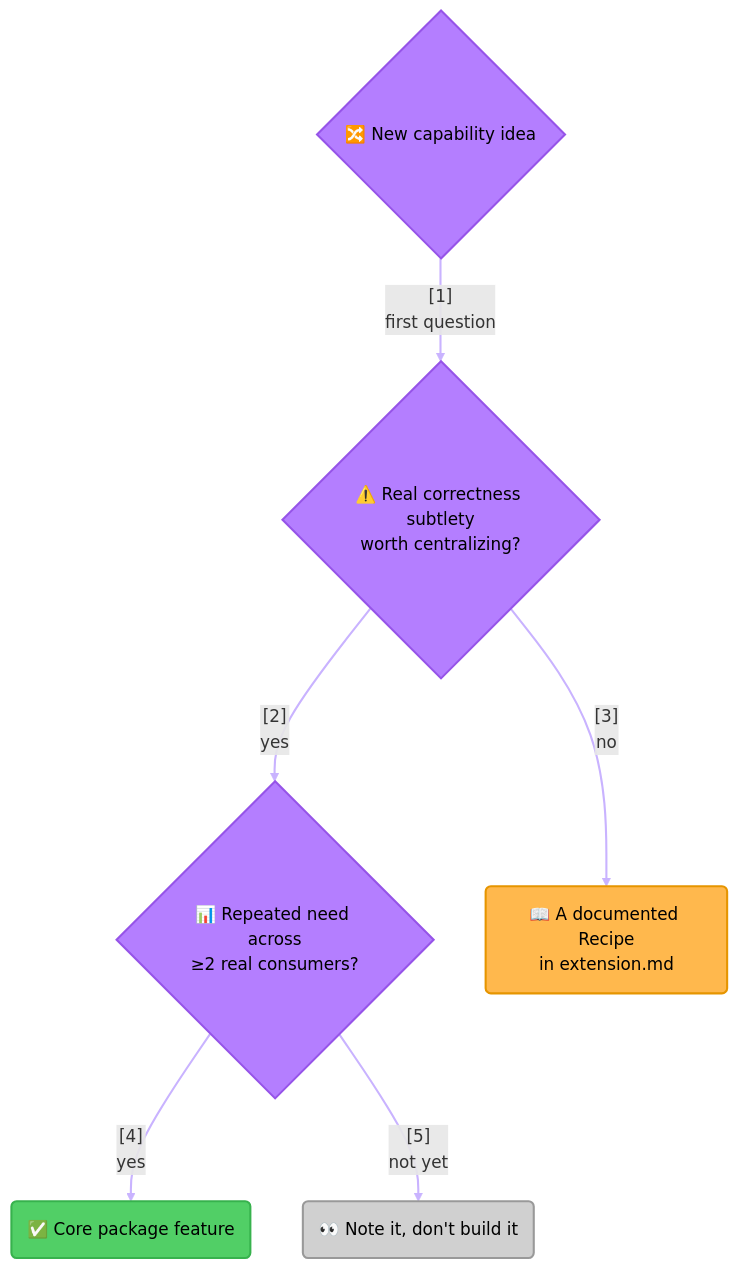
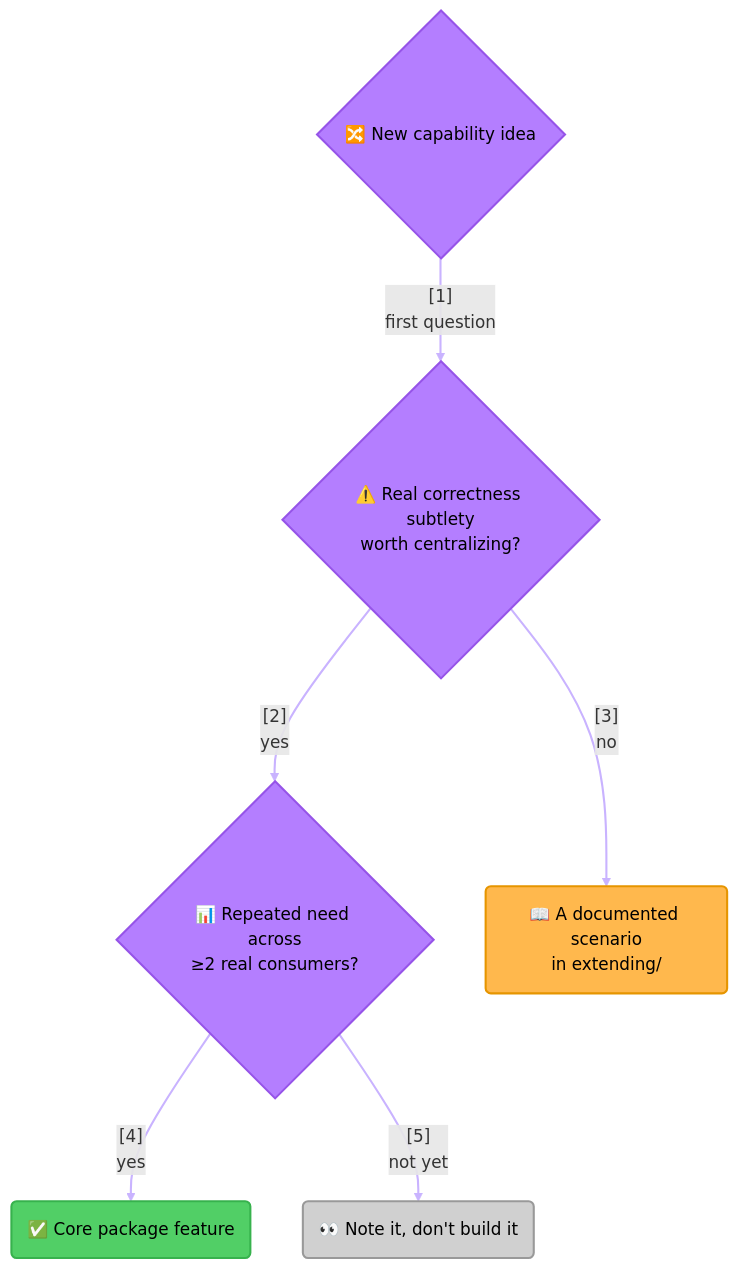
The diagram in docs/future_plan.md (pawan-vyas/verdict-rules), drawn with Mermaid before and after one commit. The commit also changed other lines of this file and 22 other files, not shown here.

````diff
--- a/docs/future_plan.md
+++ b/docs/future_plan.md
@@ -34,38 +34,38 @@
 ```mermaid
 graph TB
     Idea{"🔀 New capability idea"}
     Subtle{"⚠️ Real correctness subtlety<br/>worth centralizing?"}
     Demand{"📊 Repeated need across<br/>≥2 real consumers?"}
     Core("✅ Core package feature")
-    Recipe("📖 A documented Recipe<br/>in extension.md")
+    Scenario("📖 A documented scenario<br/>in extending/")
     Watch("👀 Note it, don't build it")
 
     %% Link 0: Idea -> Subtle
     Idea -->|"[1]<br/>first question"| Subtle
     %% Link 1: Subtle -> Demand
     Subtle -->|"[2]<br/>yes"| Demand
-    %% Link 2: Subtle -> Recipe
-    Subtle -->|"[3]<br/>no"| Recipe
+    %% Link 2: Subtle -> Scenario
+    Subtle -->|"[3]<br/>no"| Scenario
     %% Link 3: Demand -> Core
     Demand -->|"[4]<br/>yes"| Core
     %% Link 4: Demand -> Watch
     Demand -->|"[5]<br/>not yet"| Watch
 
     style Idea fill:#B47EFF,stroke:#9654E8,stroke-width:2px,color:#000
     style Subtle fill:#B47EFF,stroke:#9654E8,stroke-width:2px,color:#000
     style Demand fill:#B47EFF,stroke:#9654E8,stroke-width:2px,color:#000
     style Core fill:#51CF66,stroke:#37B24D,stroke-width:2px,color:#000
-    style Recipe fill:#FFB84D,stroke:#E69500,stroke-width:2px,color:#000
+    style Scenario fill:#FFB84D,stroke:#E69500,stroke-width:2px,color:#000
     style Watch fill:#D0D0D0,stroke:#999999,stroke-width:2px,color:#000
 
     %% Link Index:
     %% 0: every idea starts by asking whether it has real subtlety
-    %% 1-2: no subtlety means it's already a trivial Recipe-2-style exercise
+    %% 1-2: no subtlety means it's already a trivial new-rule-shape-style exercise
     %% 3-4: real subtlety plus repeated demand clears the bar for core
     %% 4: real subtlety but no demonstrated demand yet means watch, don't build ahead of need
     linkStyle 0 stroke:#C9B3FF,stroke-width:2px
     linkStyle 1 stroke:#C9B3FF,stroke-width:2px
     linkStyle 2 stroke:#C9B3FF,stroke-width:2px
     linkStyle 3 stroke:#C9B3FF,stroke-width:2px
     linkStyle 4 stroke:#C9B3FF,stroke-width:2px
 ```
````
